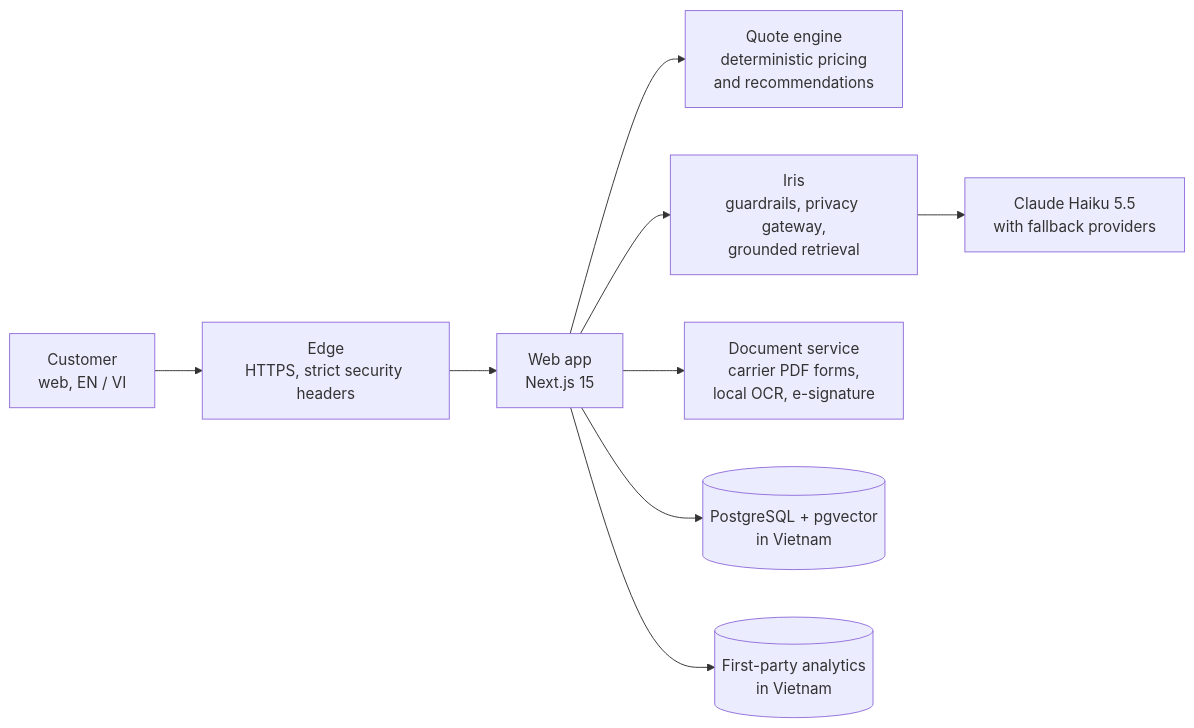
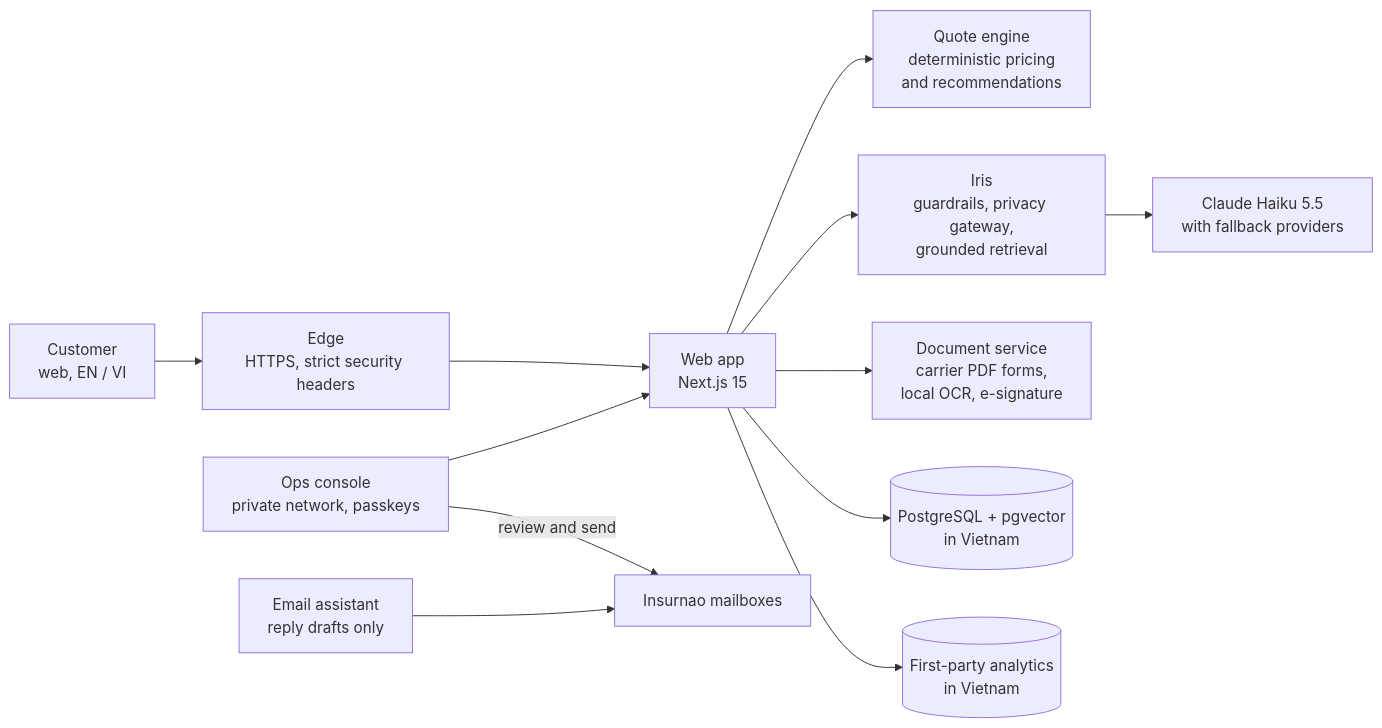
The diagram in README.md (lecu0ng/insurnao-overview), drawn with Mermaid before and after one commit. The commit also changed other lines of this file, not shown here.

First line of the commit message:
Overview: soft launch, ops console, live insights, crash tracking, AI email assistant, status page

````diff
--- a/README.md
+++ b/README.md
@@ -75,11 +77,14 @@
 ```mermaid
 flowchart LR
   U["Customer<br/>web, EN / VI"] --> E["Edge<br/>HTTPS, strict security headers"]
   E --> W["Web app<br/>Next.js 15"]
   W --> Q["Quote engine<br/>deterministic pricing<br/>and recommendations"]
   W --> I["Iris<br/>guardrails, privacy gateway,<br/>grounded retrieval"]
   W --> D["Document service<br/>carrier PDF forms,<br/>local OCR, e-signature"]
   W --> DB[("PostgreSQL + pgvector<br/>in Vietnam")]
   I --> M["Claude Haiku 5.5<br/>with fallback providers"]
   W --> A[("First-party analytics<br/>in Vietnam")]
+  OPS["Ops console<br/>private network, passkeys"] --> W
+  MA["Email assistant<br/>reply drafts only"] --> MB["Insurnao mailboxes"]
+  OPS -->|"review and send"| MB
 ```
````
